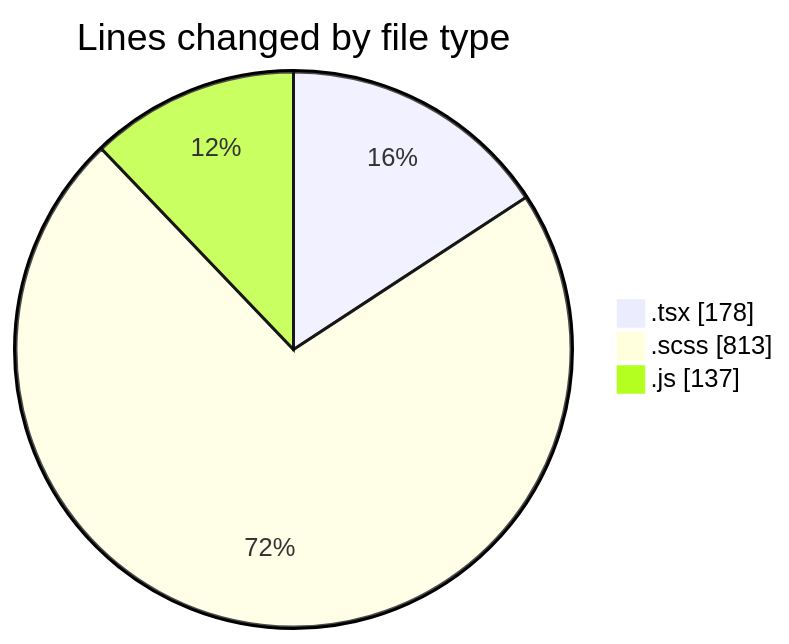
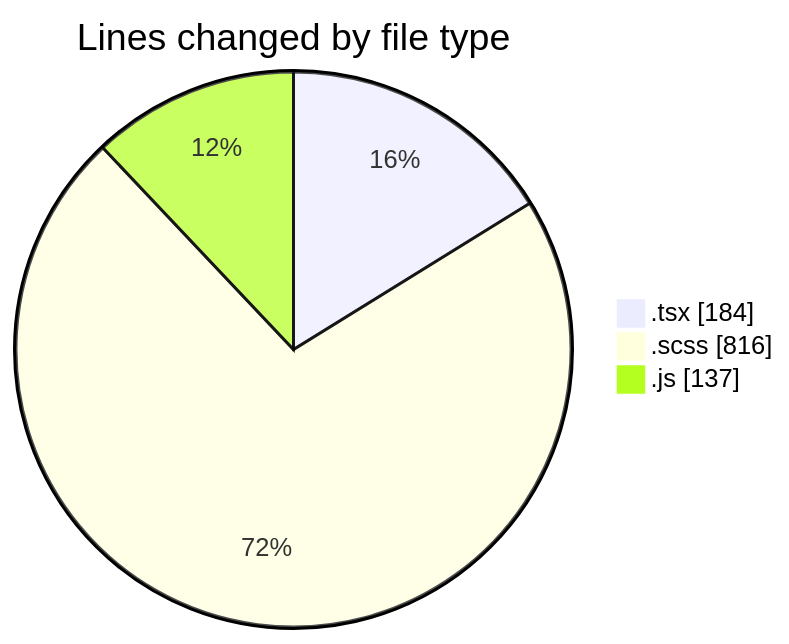
Before and after one commit to momahboobian/code-tracking: the first of 2 diagrams in 2026-03-25/cda/README.md, drawn with Mermaid. The commit also changed other lines of this file and 1 other file, not shown here.

````diff
--- a/2026-03-25/cda/README.md
+++ b/2026-03-25/cda/README.md
@@ -22,7 +22,7 @@
 ```mermaid
 pie showData
 title Lines changed by file type
-".tsx" : 178
-".scss" : 813
+".tsx" : 184
+".scss" : 816
 ".js" : 137
 ```
````
